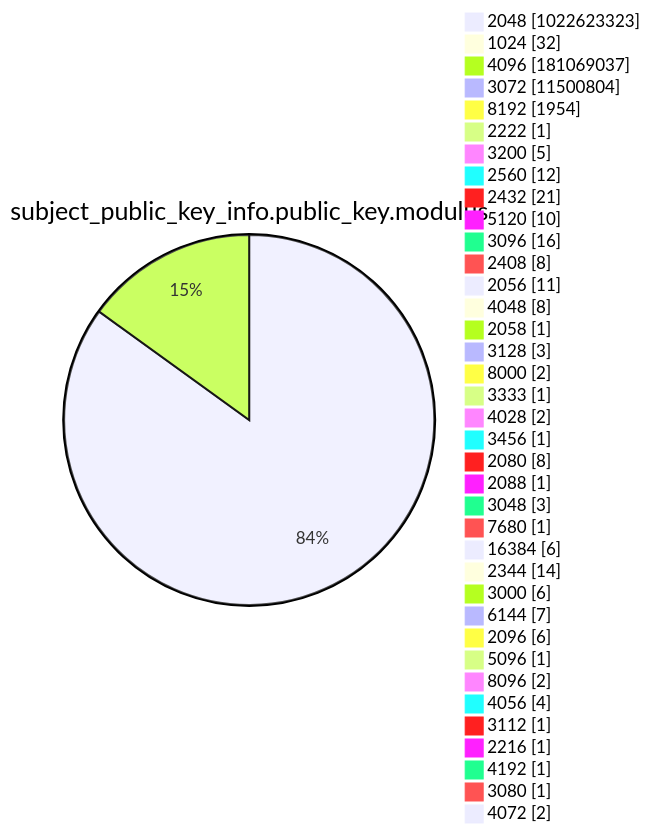
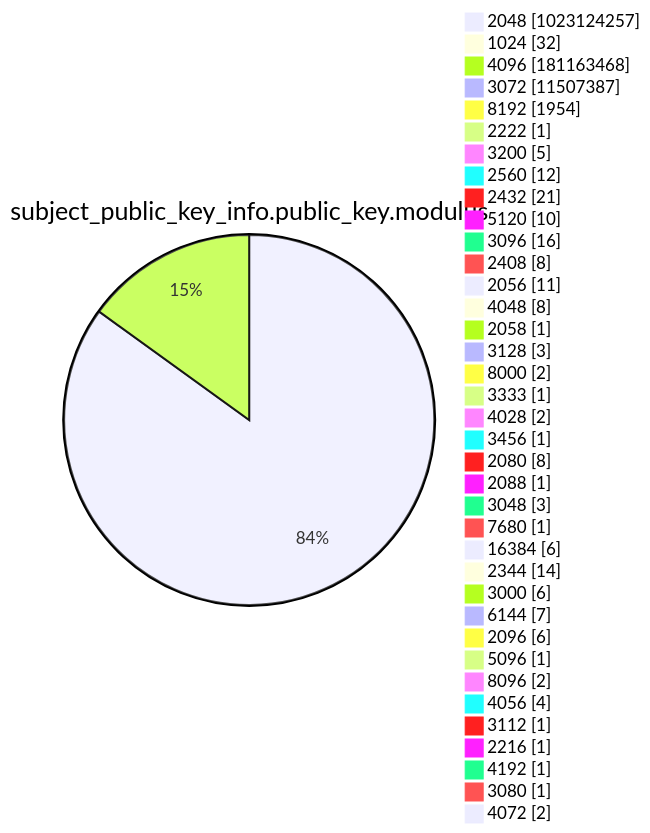
Before and after one commit to christiankrug/ctmonitor_visualization: diagram 13 of 15 in argon2022/README.md, drawn with Mermaid. The commit also changed other lines of this file, not shown here.

````diff
--- a/argon2022/README.md
+++ b/argon2022/README.md
@@ -3588,41 +3588,41 @@
 ```mermaid
 pie showData
 title subject_public_key_info.public_key.modulus
-"2048" :1022623323
+"2048" :1023124257
 "1024" :32
-"4096" :181069037
-"3072" :11500804
+"4096" :181163468
+"3072" :11507387
 "8192" :1954
 "2222" :1
 "3200" :5
 "2560" :12
 "2432" :21
 "5120" :10
 "3096" :16
 "2408" :8
 "2056" :11
 "4048" :8
 "2058" :1
 "3128" :3
 "8000" :2
 "3333" :1
 "4028" :2
 "3456" :1
 "2080" :8
 "2088" :1
 "3048" :3
 "7680" :1
 "16384" :6
 "2344" :14
 "3000" :6
 "6144" :7
 "2096" :6
 "5096" :1
 "8096" :2
 "4056" :4
 "3112" :1
 "2216" :1
 "4192" :1
 "3080" :1
 "4072" :2
 ```
````
